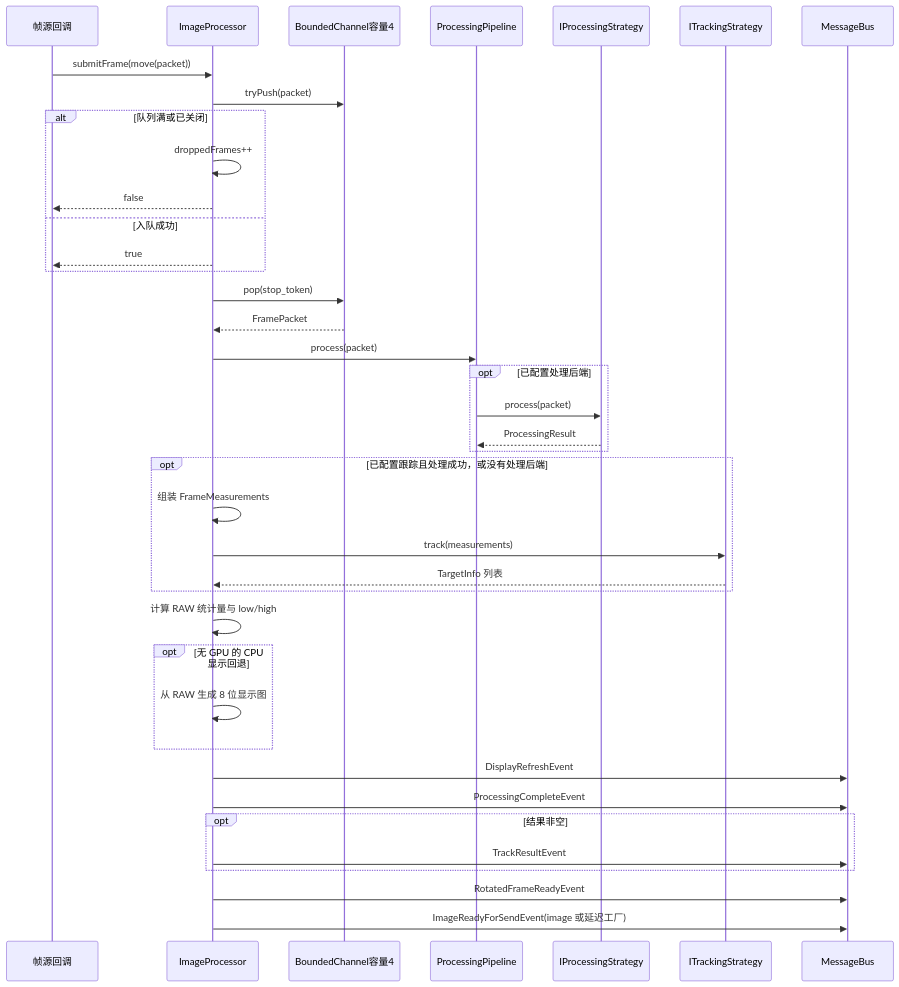
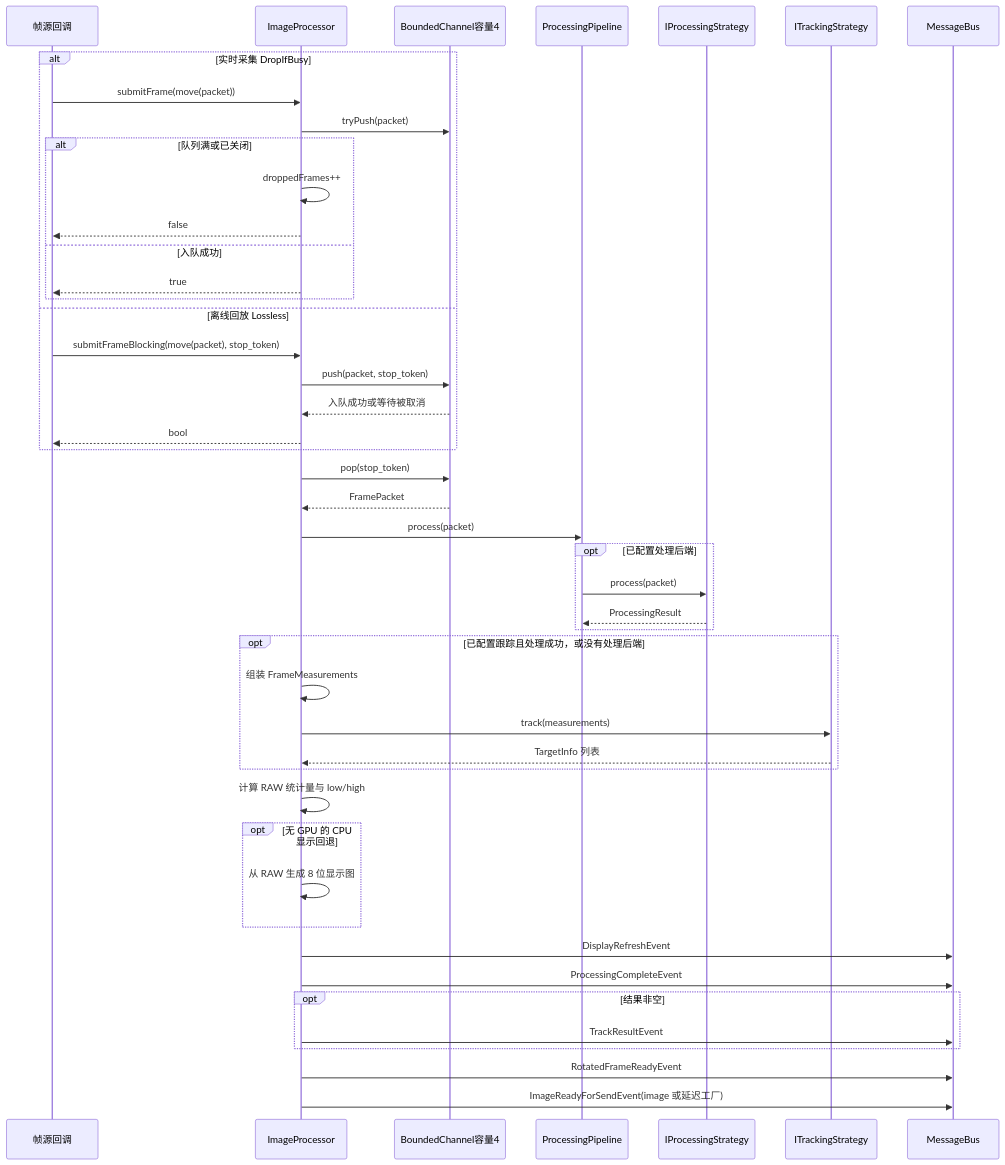
One commit to with-fair-wind/1mZGG changed the third of 5 diagrams in docs/module-processing.md. Above: the diagram before and after it, drawn with Mermaid. The commit also changed other lines of this file and 21 other files, not shown here.

````diff
--- a/docs/module-processing.md
+++ b/docs/module-processing.md
@@ -256,42 +259,49 @@
 ```mermaid
 sequenceDiagram
     participant Producer as 帧源回调
     participant Processor as ImageProcessor
     participant Queue as BoundedChannel容量4
     participant Pipeline as ProcessingPipeline
     participant Strategy as IProcessingStrategy
     participant Tracker as ITrackingStrategy
     participant Bus as MessageBus
 
-    Producer->>Processor: submitFrame(move(packet))
-    Processor->>Queue: tryPush(packet)
-    alt 队列满或已关闭
-        Processor->>Processor: droppedFrames++
-        Processor-->>Producer: false
-    else 入队成功
-        Processor-->>Producer: true
+    alt 实时采集 DropIfBusy
+        Producer->>Processor: submitFrame(move(packet))
+        Processor->>Queue: tryPush(packet)
+        alt 队列满或已关闭
+            Processor->>Processor: droppedFrames++
+            Processor-->>Producer: false
+        else 入队成功
+            Processor-->>Producer: true
+        end
+    else 离线回放 Lossless
+        Producer->>Processor: submitFrameBlocking(move(packet), stop_token)
+        Processor->>Queue: push(packet, stop_token)
+        Queue-->>Processor: 入队成功或等待被取消
+        Processor-->>Producer: bool
     end
     Processor->>Queue: pop(stop_token)
     Queue-->>Processor: FramePacket
     Processor->>Pipeline: process(packet)
     opt 已配置处理后端
         Pipeline->>Strategy: process(packet)
         Strategy-->>Pipeline: ProcessingResult
     end
     opt 已配置跟踪且处理成功，或没有处理后端
         Processor->>Processor: 组装 FrameMeasurements
         Processor->>Tracker: track(measurements)
         Tracker-->>Processor: TargetInfo 列表
     end
     Processor->>Processor: 计算 RAW 统计量与 low/high
     opt 无 GPU 的 CPU 显示回退
         Processor->>Processor: 从 RAW 生成 8 位显示图
     end
     Processor->>Bus: DisplayRefreshEvent
     Processor->>Bus: ProcessingCompleteEvent
     opt 结果非空
         Processor->>Bus: TrackResultEvent
     end
     Processor->>Bus: RotatedFrameReadyEvent
     Processor->>Bus: ImageReadyForSendEvent(image 或延迟工厂)
 ```
````
